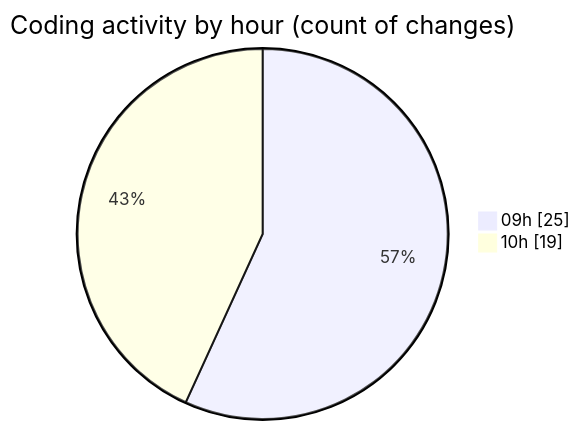
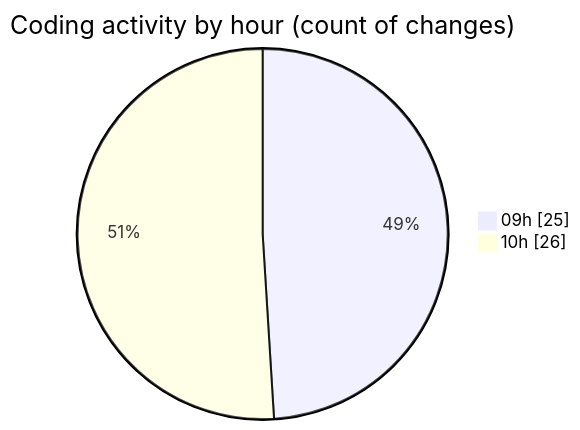
One commit to momahboobian/code-tracking changed the second of 2 diagrams in 2025-11-18/cda/README.md. Above: the diagram before and after it, drawn with Mermaid. The commit also changed other lines of this file and 1 other file, not shown here.

````diff
--- a/2025-11-18/cda/README.md
+++ b/2025-11-18/cda/README.md
@@ -34,6 +34,6 @@
 ```mermaid
 pie showData
 title Coding activity by hour (count of changes)
 "09h" : 25
-"10h" : 19
+"10h" : 26
 ```
````
